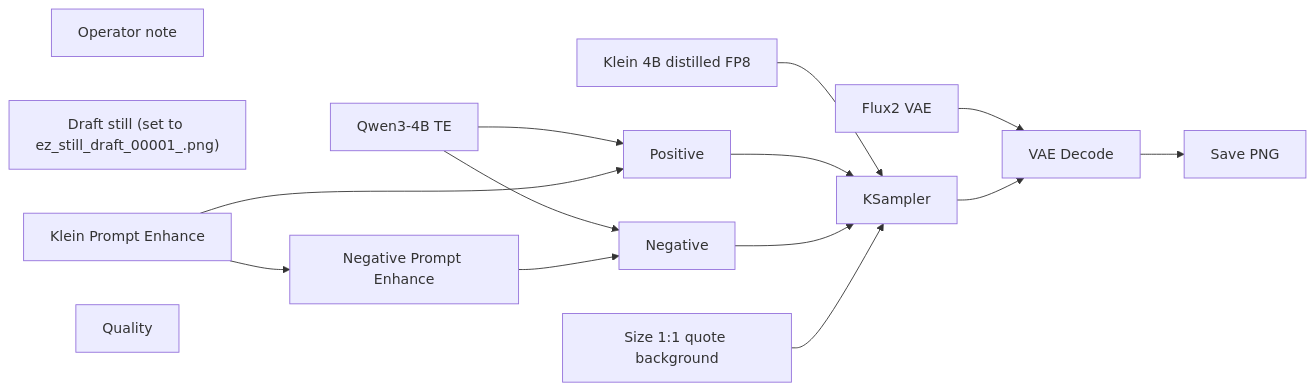
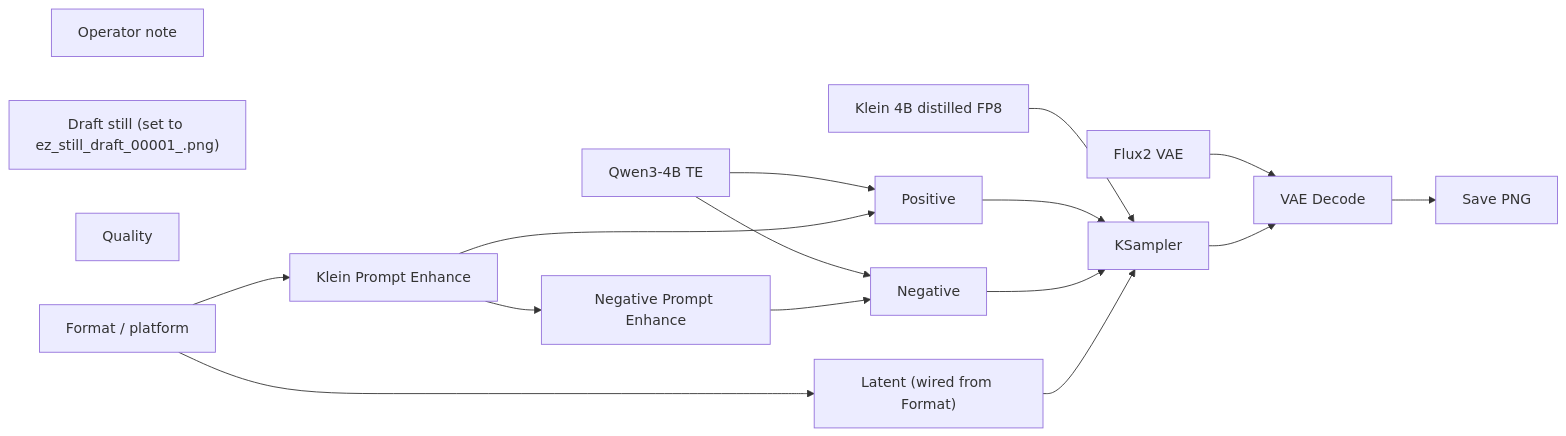
One commit to toxicoder/ez-comfy-stack changed the diagram in docs/generated/workflows/klein/quote-bg.md. Above: the diagram before and after it, drawn with Mermaid. The commit also changed other lines of this file and 312 other files, not shown here.

First line of the commit message:
feat: Format / platform on Klein, Wan, and LTX Apps

````diff
--- a/docs/generated/workflows/klein/quote-bg.md
+++ b/docs/generated/workflows/klein/quote-bg.md
@@ -49,29 +51,32 @@
 ```mermaid
 flowchart LR
   N1["Klein 4B distilled FP8"]
   N2["Qwen3-4B TE"]
   N3["Flux2 VAE"]
   N4["Positive"]
   N5["Negative"]
-  N6["Size 1:1 quote background"]
+  N6["Latent (wired from Format)"]
   N7["KSampler"]
   N8["VAE Decode"]
   N9["Save PNG"]
   N10["Operator note"]
   N11["Draft still (set to ez_still_draft_00001_.png)"]
   N12["Klein Prompt Enhance"]
   N13["Negative Prompt Enhance"]
   N14["Quality"]
+  N15["Format / platform"]
   N1 --> N7
   N2 --> N4
   N2 --> N5
   N3 --> N8
   N4 --> N7
   N5 --> N7
   N6 --> N7
   N7 --> N8
   N8 --> N9
   N12 --> N4
   N12 --> N13
   N13 --> N5
+  N15 --> N6
+  N15 --> N12
 ```
````
